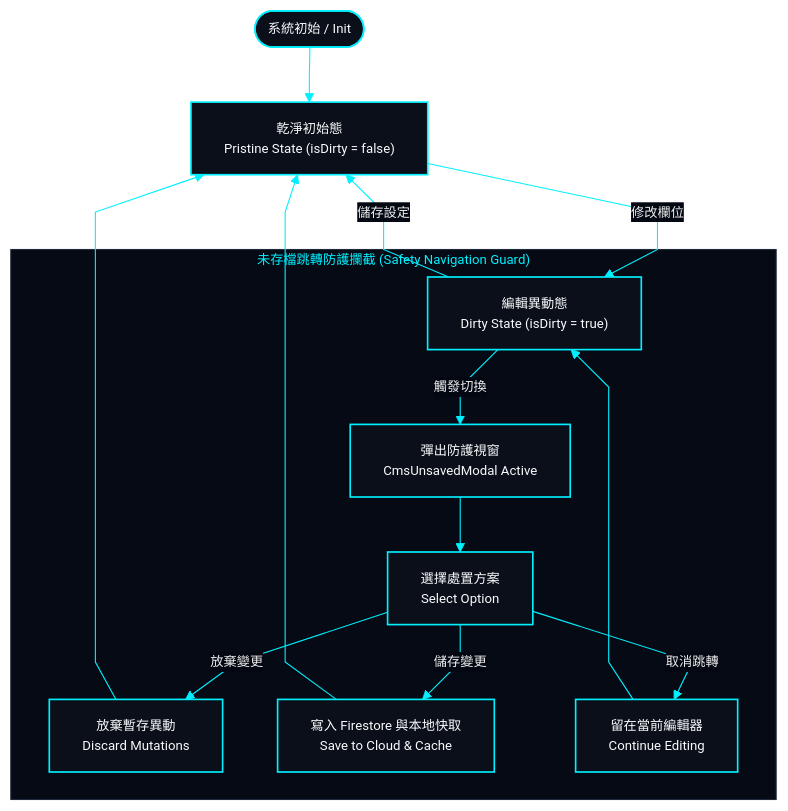
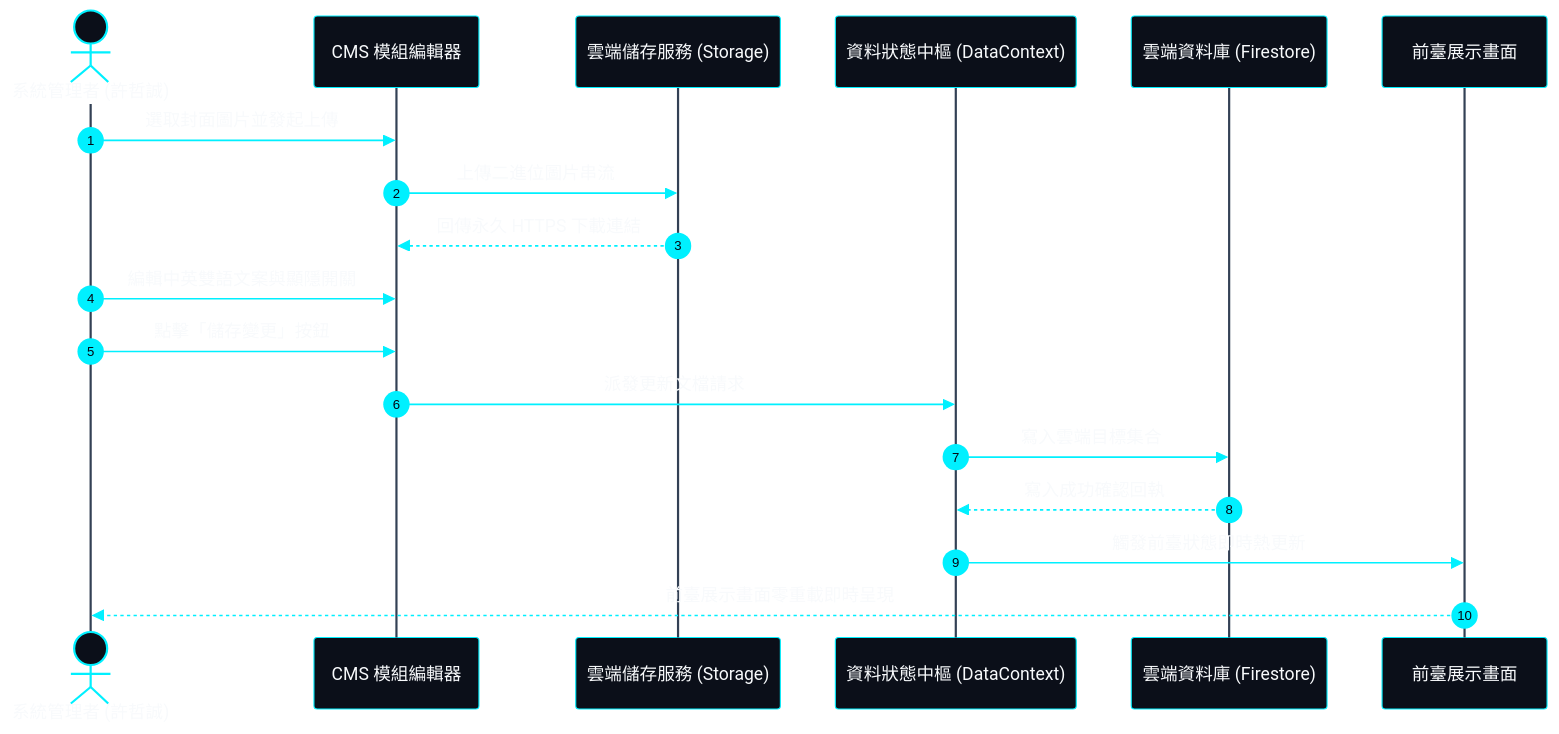
Before and after one commit to EricXJason/my-portfolio-website: the third of 4 diagrams in docs/system-design/06-flowcharts.md, drawn with Mermaid. The commit also changed other lines of this file and 19 other files, not shown here.

````diff
--- a/docs/system-design/06-flowcharts.md
+++ b/docs/system-design/06-flowcharts.md
@@ -82,41 +112,40 @@
 ```mermaid
 %%{init: {
   'theme': 'base',
   'themeVariables': {
     'darkMode': true,
     'background': '#030712',
-    'mainBkg': '#0b0f19',
-    'nodeBorder': '#00f0ff',
-    'textColor': '#f8fafc',
-    'lineColor': '#00f0ff',
-    'clusterBkg': '#060a14',
-    'clusterBorder': '#1e293b',
-    'titleColor': '#00f0ff',
-    'edgeLabelBackground': '#030712',
-    'fontSize': '12px'
-  },
-  'flowchart': {
-    'curve': 'linear'
+    'actorBkg': '#0b0f19',
+    'actorBorder': '#00f0ff',
+    'actorTextColor': '#f8fafc',
+    'actorLineColor': '#334155',
+    'signalColor': '#00f0ff',
+    'signalTextColor': '#f8fafc',
+    'labelBoxBkgColor': '#0b0f19',
+    'labelBoxBorderColor': '#334155',
+    'labelTextColor': '#f8fafc',
+    'noteBorderColor': '#00f0ff',
+    'noteBkgColor': '#08131e',
+    'noteTextColor': '#f8fafc'
   }
 }}%%
-flowchart TD
-    classDef hudCard fill:#0b0f19,stroke:#00f0ff,stroke-width:1.5px,color:#f8fafc;
+sequenceDiagram
+    autonumber
+    actor Admin as 系統管理者 (許哲誠)
+    participant CMS as CMS 模組編輯器
+    participant Storage as 雲端儲存服務 (Storage)
+    participant Context as 資料狀態中樞 (DataContext)
+    participant Firestore as 雲端資料庫 (Firestore)
+    participant View as 前臺展示畫面
 
-    Init(["系統初始 / Init"]):::hudCard --> Pristine["乾淨初始態<br>Pristine State (isDirty = false)"]:::hudCard
-    Pristine -->|"修改欄位"| Dirty["編輯異動態<br>Dirty State (isDirty = true)"]:::hudCard
-    Dirty -->|"儲存設定"| Pristine
-
-    subgraph GuardSub ["未存檔跳轉防護攔截 (Safety Navigation Guard)"]
-        Dirty -->|"觸發切換"| Prompt["彈出防護視窗<br>CmsUnsavedModal Active"]:::hudCard
-        Prompt --> Choice["選擇處置方案<br>Select Option"]:::hudCard
-        Choice -->|"放棄變更"| Discard["放棄暫存異動<br>Discard Mutations"]:::hudCard
-        Choice -->|"儲存變更"| Save["寫入 Firestore 與本地快取<br>Save to Cloud & Cache"]:::hudCard
-        Choice -->|"取消跳轉"| Stay["留在當前編輯器<br>Continue Editing"]:::hudCard
-    end
-
-    Discard --> Pristine
-    Save --> Pristine
-    Stay --> Dirty
-
-    style GuardSub fill:#060a14,stroke:#1e293b,stroke-width:1px,color:#00f0ff
+    Admin->>CMS: 選取封面圖片並發起上傳
+    CMS->>Storage: 上傳二進位圖片串流
+    Storage-->>CMS: 回傳永久 HTTPS 下載連結
+    Admin->>CMS: 編輯中英雙語文案與顯隱開關
+    Admin->>CMS: 點擊「儲存變更」按鈕
+    CMS->>Context: 派發更新文檔請求
+    Context->>Firestore: 寫入雲端目標集合
+    Firestore-->>Context: 寫入成功確認回執
+    Context->>View: 觸發前臺狀態即時熱更新
+    View-->>Admin: 前臺展示畫面零重載即時呈現
 ```
````
